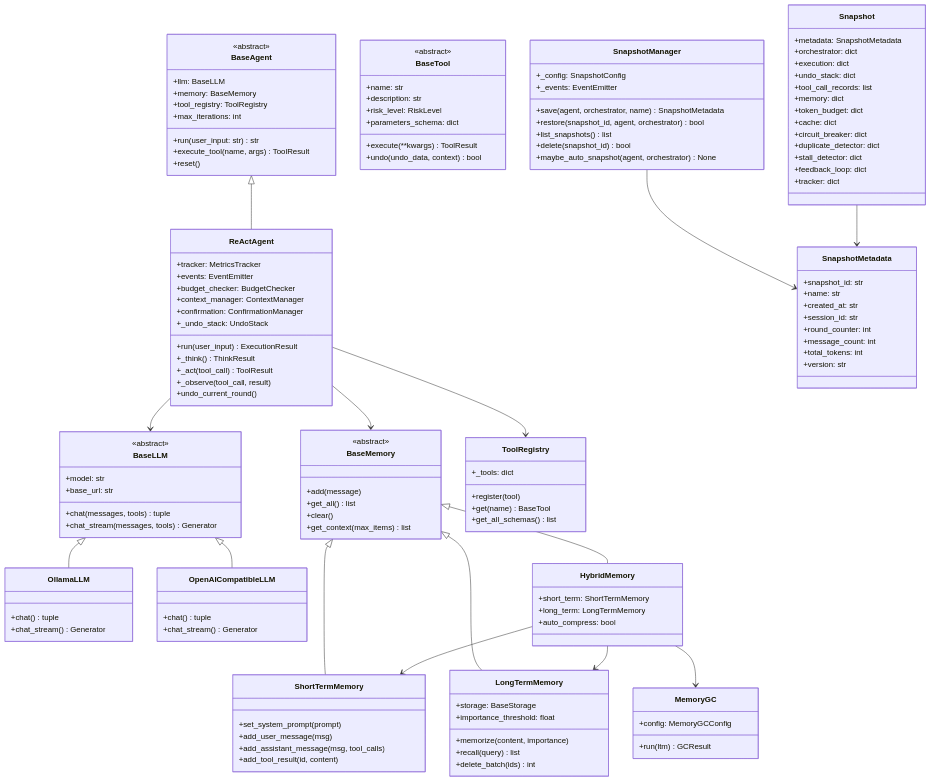
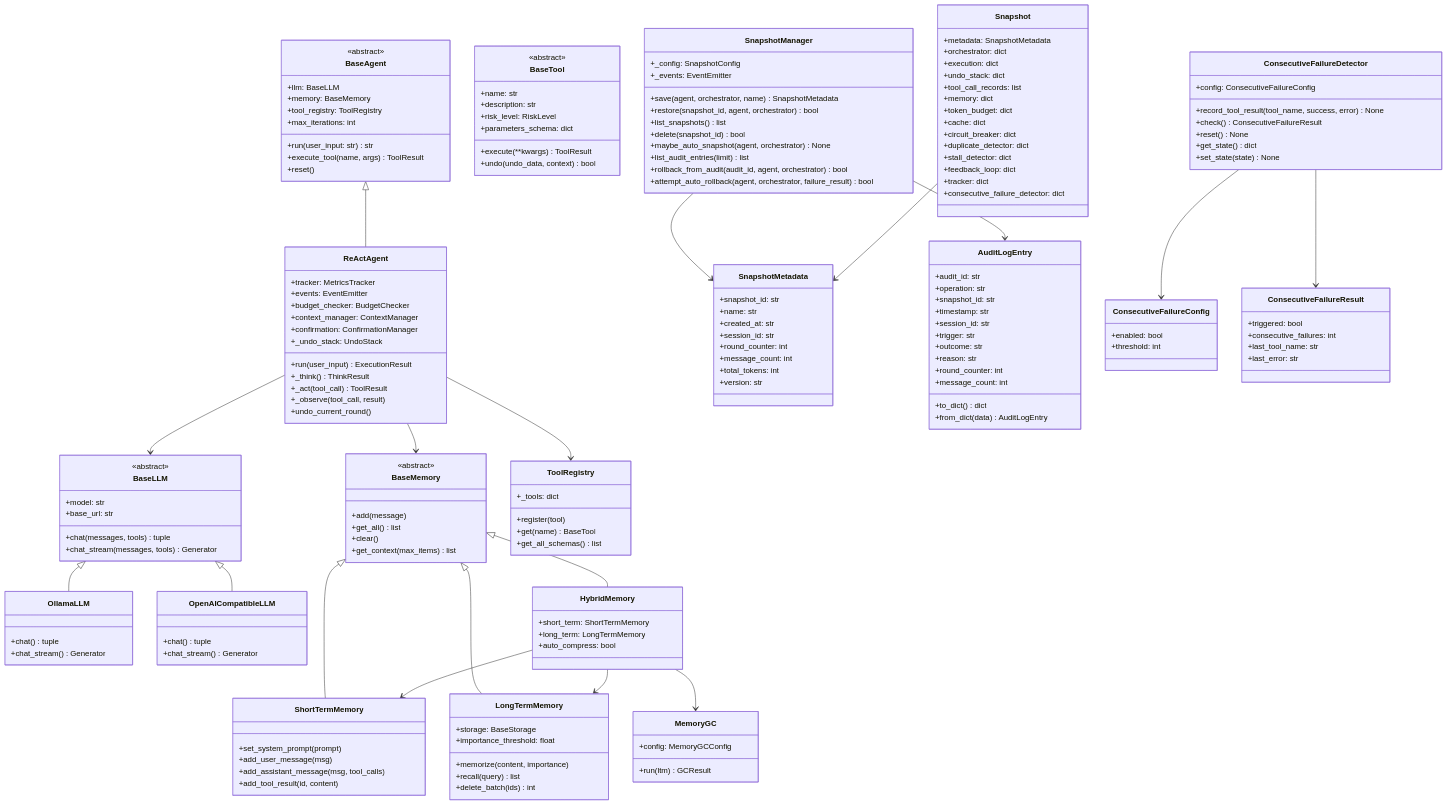
Before and after one commit to Tobytywang/NanoAgent: the second of 4 diagrams in docs/architecture.md, drawn with Mermaid. The commit also changed other lines of this file and 20 other files, not shown here.

````diff
--- a/docs/architecture.md
+++ b/docs/architecture.md
@@ -205,6 +207,9 @@
         +list_snapshots() list
         +delete(snapshot_id) bool
         +maybe_auto_snapshot(agent, orchestrator) None
+        +list_audit_entries(limit) list
+        +rollback_from_audit(audit_id, agent, orchestrator) bool
+        +attempt_auto_rollback(agent, orchestrator, failure_result) bool
     }
 
     class SnapshotMetadata {
@@ -216,6 +221,42 @@
         +message_count: int
         +total_tokens: int
         +version: str
+    }
+
+    class AuditLogEntry {
+        +audit_id: str
+        +operation: str
+        +snapshot_id: str
+        +timestamp: str
+        +session_id: str
+        +trigger: str
+        +outcome: str
+        +reason: str
+        +round_counter: int
+        +message_count: int
+        +to_dict() dict
+        +from_dict(data) AuditLogEntry
+    }
+
+    class ConsecutiveFailureDetector {
+        +config: ConsecutiveFailureConfig
+        +record_tool_result(tool_name, success, error) None
+        +check() ConsecutiveFailureResult
+        +reset() None
+        +get_state() dict
+        +set_state(state) None
+    }
+
+    class ConsecutiveFailureConfig {
+        +enabled: bool
+        +threshold: int
+    }
+
+    class ConsecutiveFailureResult {
+        +triggered: bool
+        +consecutive_failures: int
+        +last_tool_name: str
+        +last_error: str
     }
 
     class Snapshot {
@@ -232,6 +273,7 @@
         +stall_detector: dict
         +feedback_loop: dict
         +tracker: dict
+        +consecutive_failure_detector: dict
     }
 
     BaseAgent <|-- ReActAgent
@@ -249,5 +291,8 @@
     HybridMemory --> MemoryGC
 
     SnapshotManager --> SnapshotMetadata
+    SnapshotManager --> AuditLogEntry
     Snapshot --> SnapshotMetadata
+    ConsecutiveFailureDetector --> ConsecutiveFailureConfig
+    ConsecutiveFailureDetector --> ConsecutiveFailureResult
 ```
````
